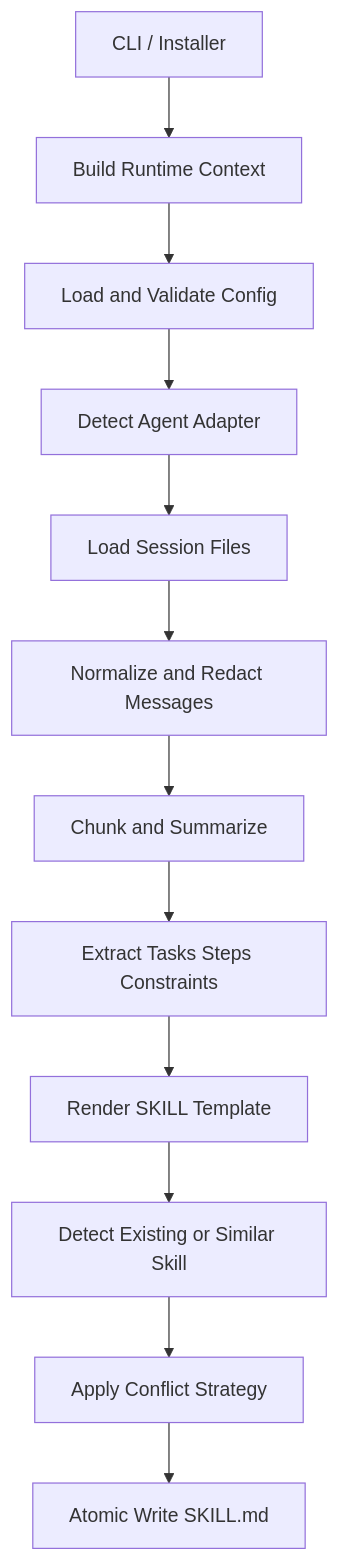
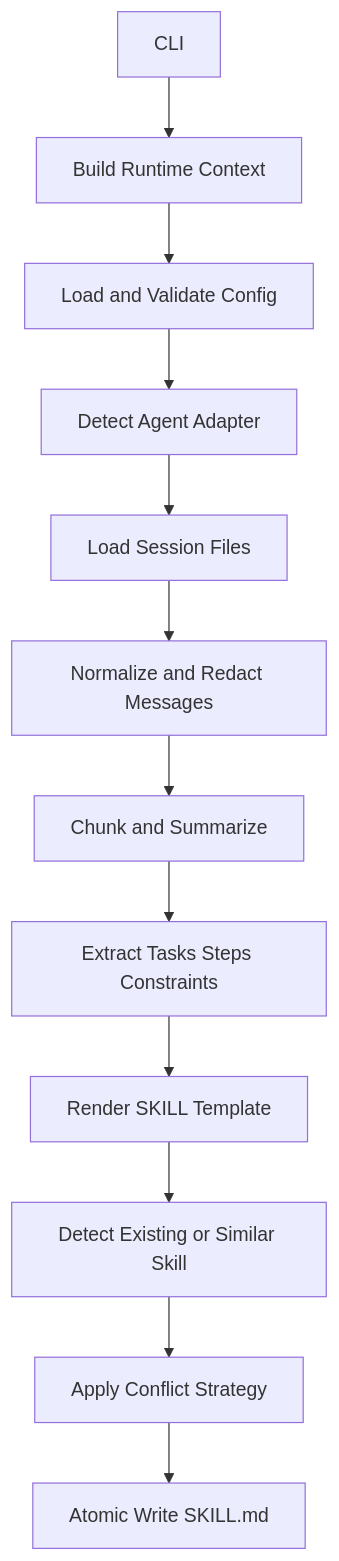
The second of 2 diagrams in doc/TECHNICAL_DESIGN.md (jackz-jones/experience-to-skill-generator), drawn with Mermaid before and after one commit. The commit also changed other lines of this file and 9 other files, not shown here.

First line of the commit message:
refactor: redesign tool architecture - LLM-driven analysis + agent integration

````diff
--- a/doc/TECHNICAL_DESIGN.md
+++ b/doc/TECHNICAL_DESIGN.md
@@ -17,14 +50,14 @@
 ```mermaid
 flowchart TD
-    A[CLI / Installer] --> B[Build Runtime Context]
+    A[CLI] --> B[Build Runtime Context]
     B --> C[Load and Validate Config]
     C --> D[Detect Agent Adapter]
     D --> E[Load Session Files]
     E --> F[Normalize and Redact Messages]
     F --> G[Chunk and Summarize]
     G --> H[Extract Tasks Steps Constraints]
     H --> I[Render SKILL Template]
     I --> J[Detect Existing or Similar Skill]
     J --> K[Apply Conflict Strategy]
     K --> L[Atomic Write SKILL.md]
 ```
````
